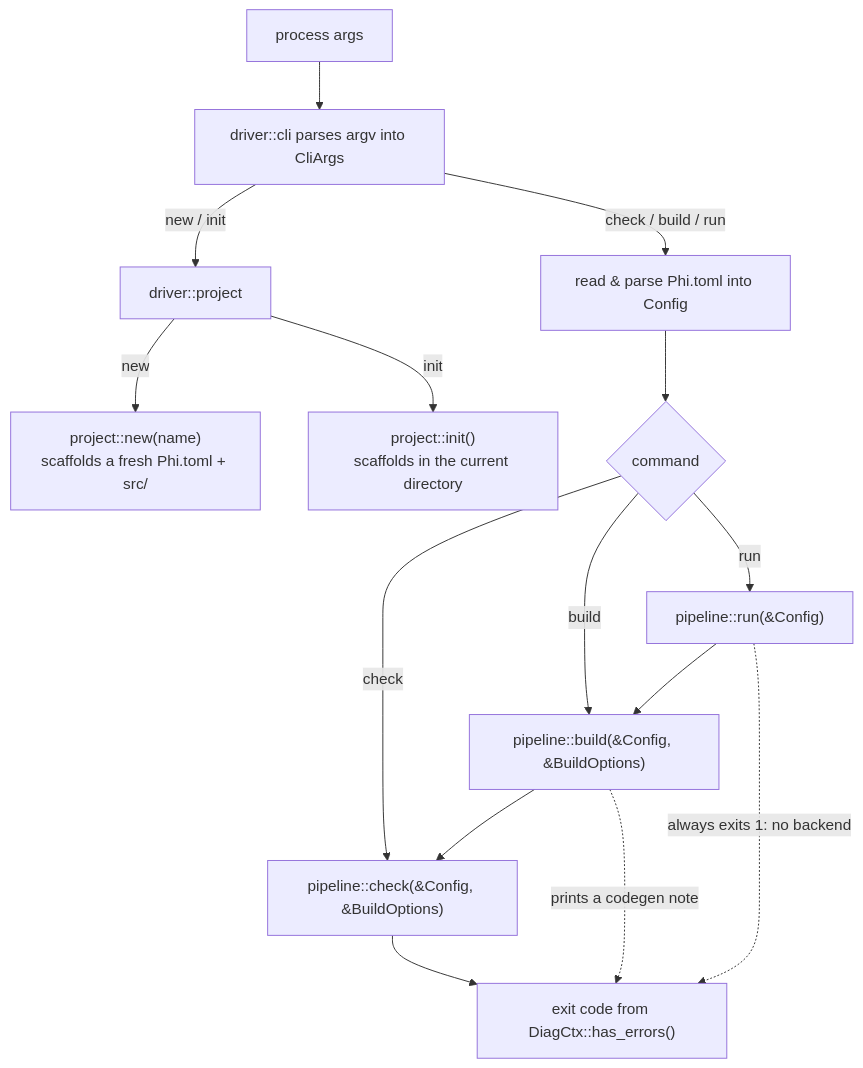
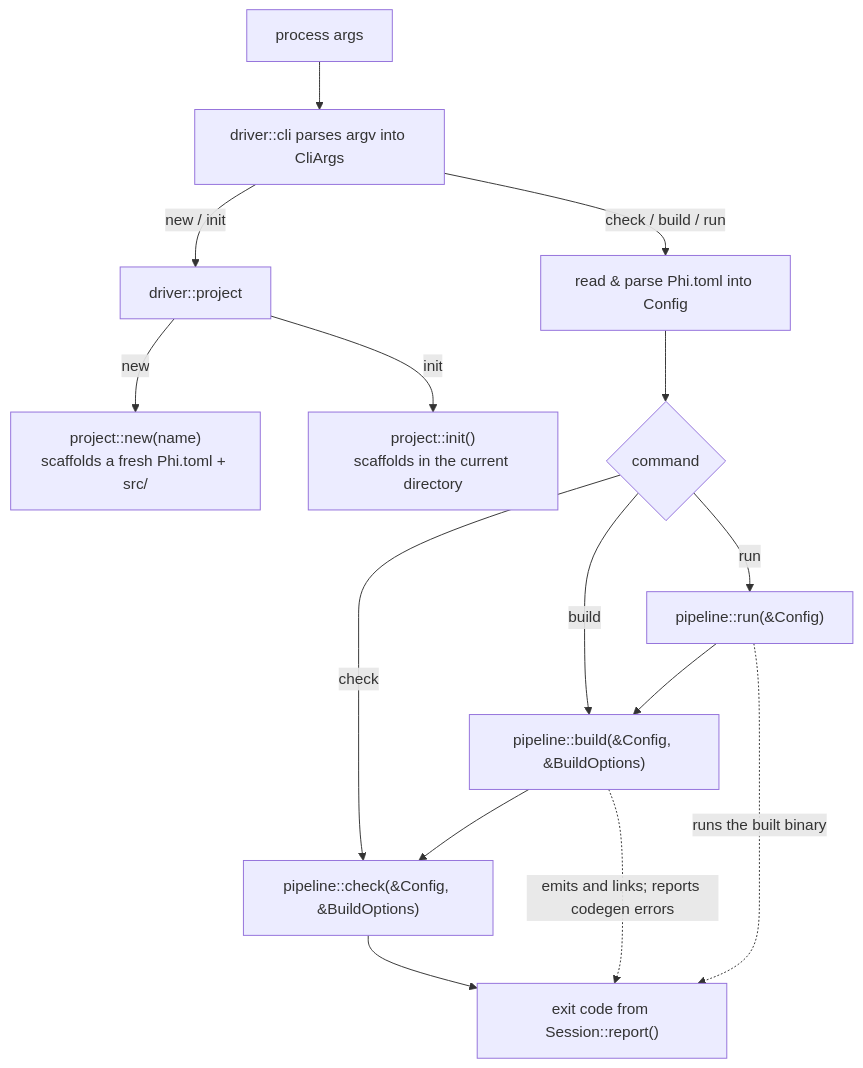
Before and after one commit to jamesfang87/Phi-Programming-Lang: the second of 6 diagrams in docs/architecture.md, drawn with Mermaid. The commit also changed other lines of this file and 160 other files, not shown here.

````diff
--- a/docs/architecture.md
+++ b/docs/architecture.md
@@ -79,21 +79,21 @@
 ```mermaid
 flowchart TD
     Argv["process args"] --> Parse["driver::cli parses argv into CliArgs"]
     Parse -->|"new / init"| Project["driver::project"]
     Parse -->|"check / build / run"| Manifest["read & parse Phi.toml into Config"]
 
     Project -->|"new"| New["project::new(name)<br>scaffolds a fresh Phi.toml + src/"]
     Project -->|"init"| Init["project::init()<br>scaffolds in the current directory"]
 
     Manifest --> Dispatch{command}
     Dispatch -->|"check"| Check["pipeline::check(&Config, &BuildOptions)"]
     Dispatch -->|"build"| Build["pipeline::build(&Config, &BuildOptions)"]
     Dispatch -->|"run"| Run["pipeline::run(&Config)"]
 
     Build --> Check
     Run --> Build
 
-    Check --> ExitCode["exit code from DiagCtx::has_errors()"]
-    Build -.->|"prints a codegen note"| ExitCode
-    Run -.->|"always exits 1: no backend"| ExitCode
+    Check --> ExitCode["exit code from Session::report()"]
+    Build -.->|"emits and links; reports codegen errors"| ExitCode
+    Run -.->|"runs the built binary"| ExitCode
 ```
````
